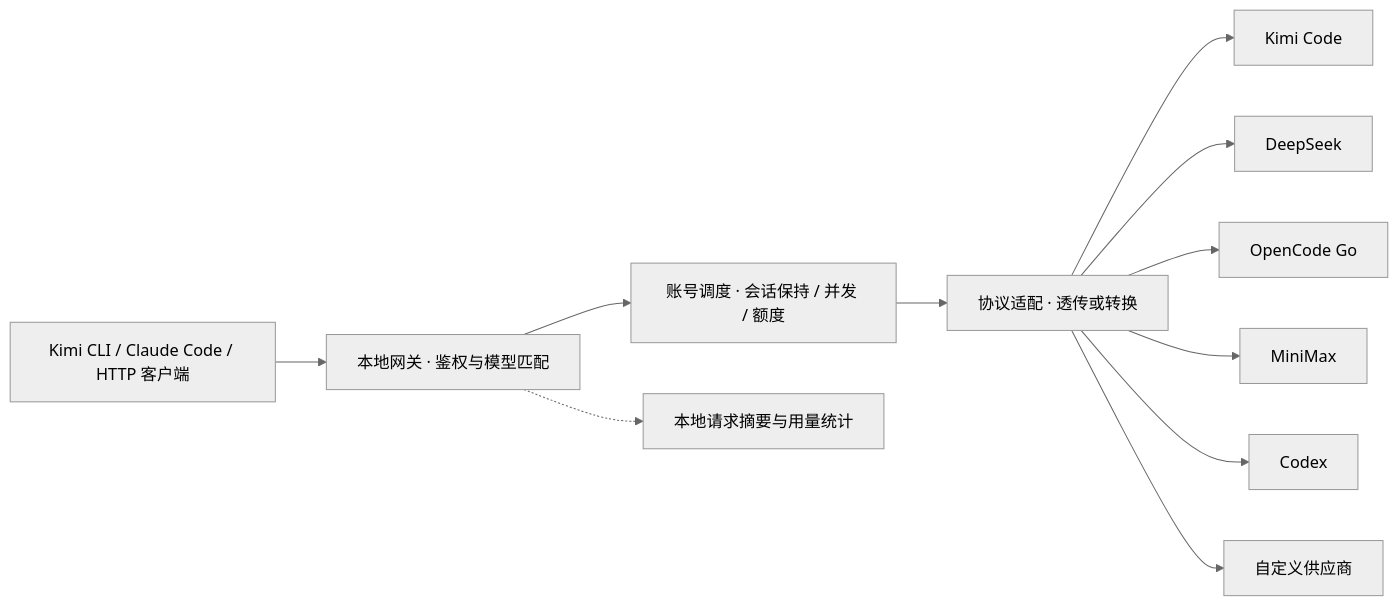
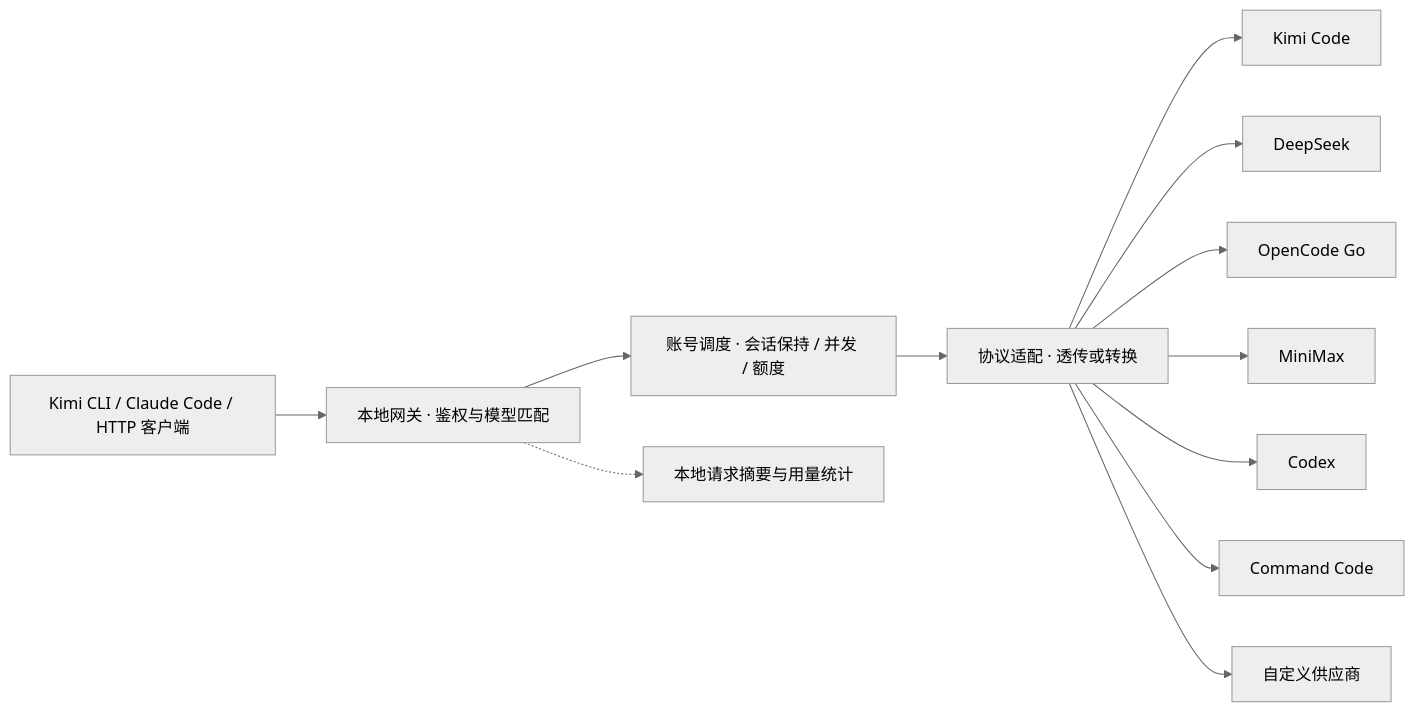
The diagram in README.md (DuskLin/navo), drawn with Mermaid (neutral theme) before and after one commit. The commit also changed other lines of this file, not shown here.

````diff
--- a/README.md
+++ b/README.md
@@ -430,13 +448,14 @@
 ```mermaid
 flowchart LR
     A["Kimi CLI / Claude Code / HTTP 客户端"] --> B["本地网关 · 鉴权与模型匹配"]
     B --> C["账号调度 · 会话保持 / 并发 / 额度"]
     C --> D["协议适配 · 透传或转换"]
     D --> E["Kimi Code"]
     D --> F["DeepSeek"]
     D --> G["OpenCode Go"]
     D --> I["MiniMax"]
     D --> J["Codex"]
+    D --> L["Command Code"]
     D --> K["自定义供应商"]
     B -.-> H["本地请求摘要与用量统计"]
 ```
````
